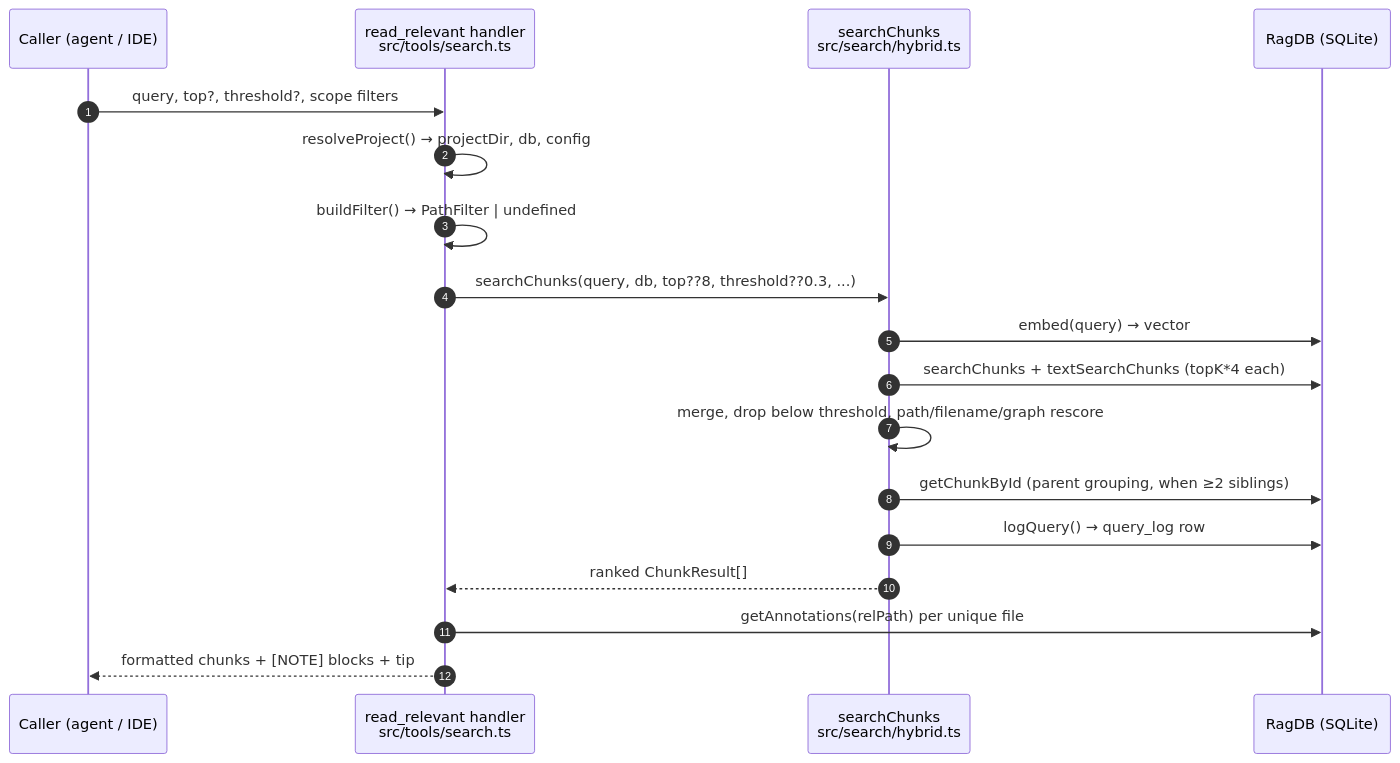
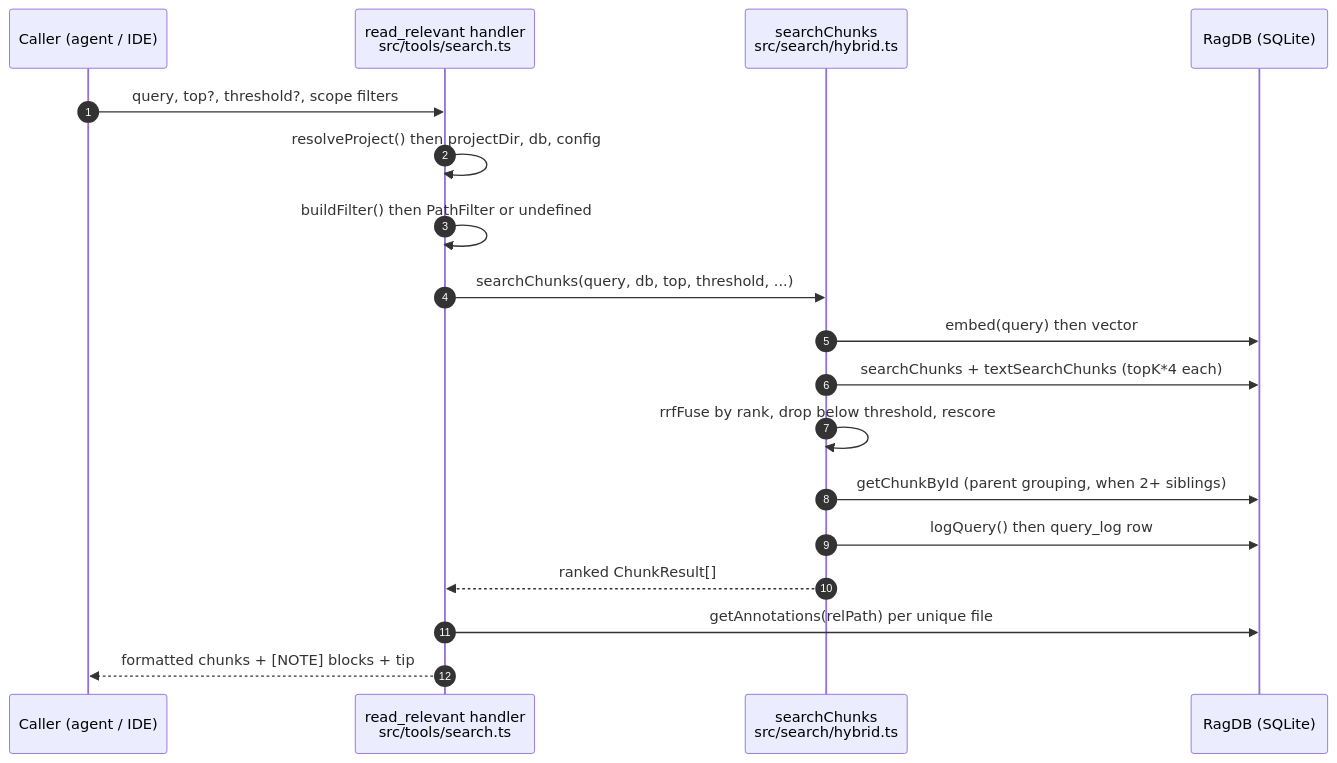
Before and after one commit to TheWinci/mimirs: the diagram in wiki/tools/read-relevant.md, drawn with Mermaid. The commit also changed other lines of this file and 47 other files, not shown here.

````diff
--- a/wiki/tools/read-relevant.md
+++ b/wiki/tools/read-relevant.md
@@ -32,20 +32,20 @@
 ```mermaid
 sequenceDiagram
     autonumber
     participant Caller as Caller (agent / IDE)
     participant Handler as read_relevant handler<br>src/tools/search.ts
     participant Engine as searchChunks<br>src/search/hybrid.ts
     participant Store as RagDB (SQLite)
     Caller->>Handler: query, top?, threshold?, scope filters
-    Handler->>Handler: resolveProject() → projectDir, db, config
-    Handler->>Handler: buildFilter() → PathFilter | undefined
-    Handler->>Engine: searchChunks(query, db, top??8, threshold??0.3, ...)
-    Engine->>Store: embed(query) → vector
+    Handler->>Handler: resolveProject() then projectDir, db, config
+    Handler->>Handler: buildFilter() then PathFilter or undefined
+    Handler->>Engine: searchChunks(query, db, top, threshold, ...)
+    Engine->>Store: embed(query) then vector
     Engine->>Store: searchChunks + textSearchChunks (topK*4 each)
-    Engine->>Engine: merge, drop below threshold, path/filename/graph rescore
-    Engine->>Store: getChunkById (parent grouping, when ≥2 siblings)
-    Engine->>Store: logQuery() → query_log row
+    Engine->>Engine: rrfFuse by rank, drop below threshold, rescore
+    Engine->>Store: getChunkById (parent grouping, when 2+ siblings)
+    Engine->>Store: logQuery() then query_log row
     Engine-->>Handler: ranked ChunkResult[]
     Handler->>Store: getAnnotations(relPath) per unique file
     Handler-->>Caller: formatted chunks + [NOTE] blocks + tip
 ```
````
